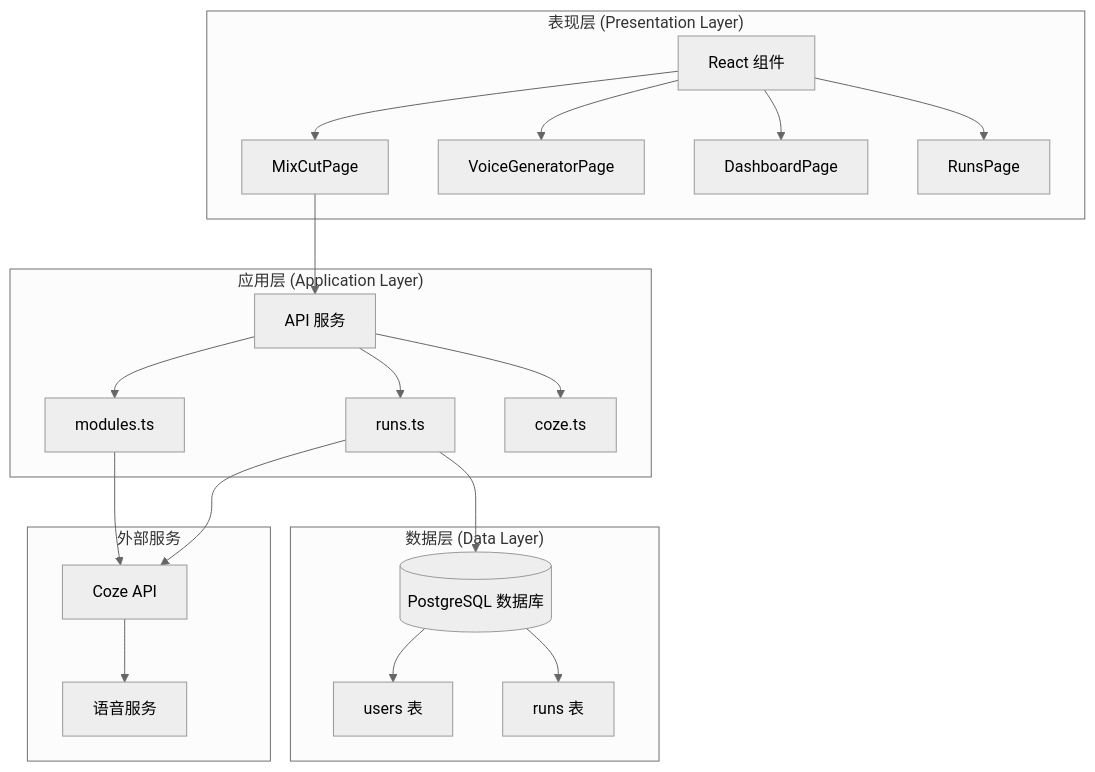
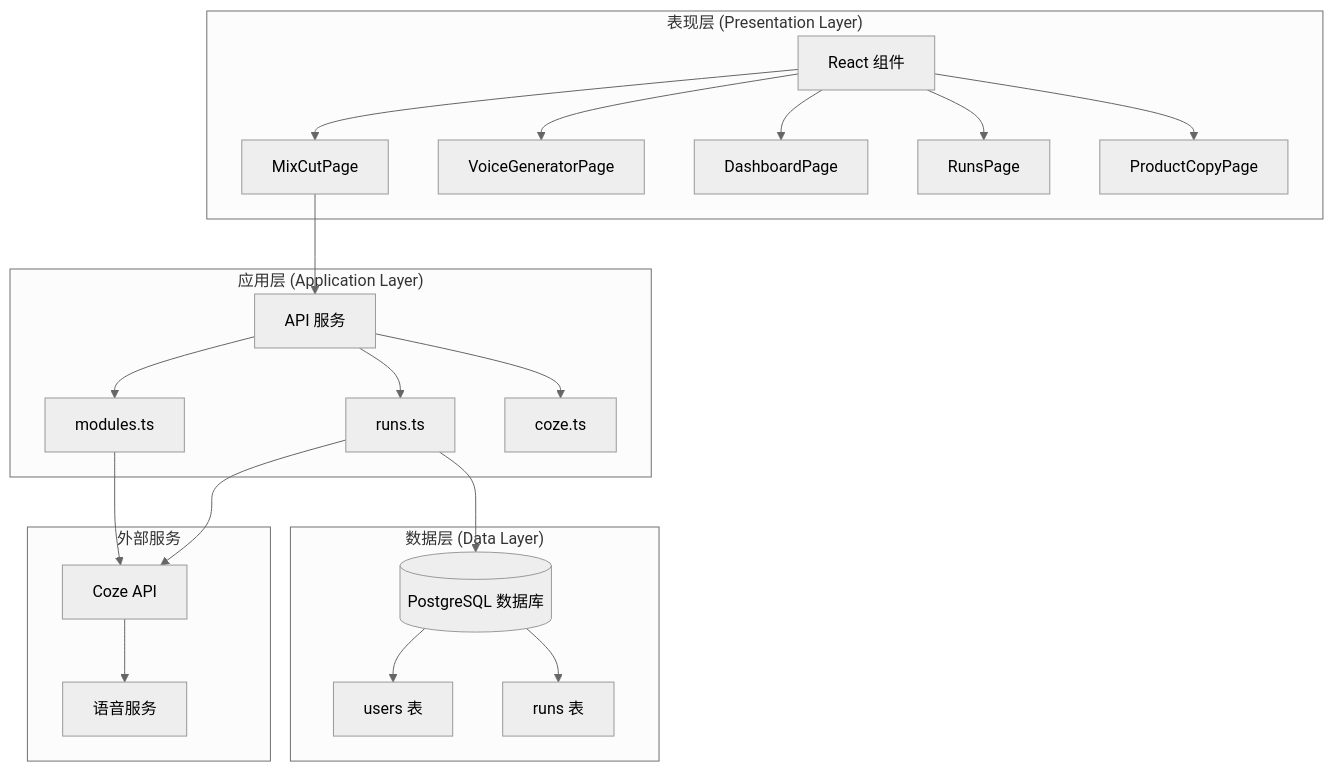
Before and after one commit to hanksd769-droid/sailshub: the second of 11 diagrams in .qoder/repowiki/zh/content/前端组件架构/页面组件/混剪功能页面.md, drawn with Mermaid (neutral theme). The commit also changed other lines of this file and 3 other files, not shown here.

````diff
--- a/.qoder/repowiki/zh/content/前端组件架构/页面组件/混剪功能页面.md
+++ b/.qoder/repowiki/zh/content/前端组件架构/页面组件/混剪功能页面.md
@@ -129,27 +150,28 @@
 ```mermaid
 graph TB
 subgraph "表现层 (Presentation Layer)"
 UI[React 组件] --> MP[MixCutPage]
 UI --> VP[VoiceGeneratorPage]
 UI --> DP[DashboardPage]
 UI --> RP[RunsPage]
+UI --> PCP[ProductCopyPage]
 end
 subgraph "应用层 (Application Layer)"
 API[API 服务] --> RS[runs.ts]
 API --> MS[modules.ts]
 API --> CS[coze.ts]
 end
 subgraph "数据层 (Data Layer)"
 DB[(PostgreSQL 数据库)] --> U[users 表]
 DB --> R[runs 表]
 end
 subgraph "外部服务"
 COZE[Coze API]
 VOICE[语音服务]
 end
 MP --> API
 RS --> COZE
 RS --> DB
 MS --> COZE
 COZE --> VOICE
 ```
````
